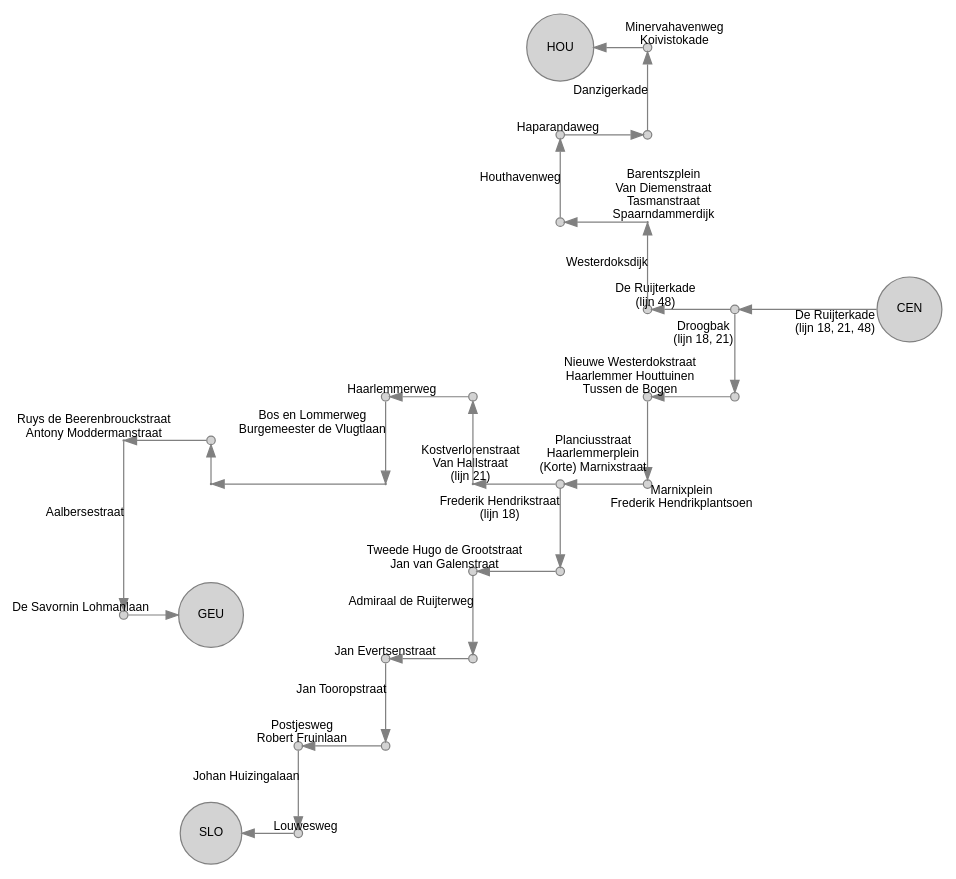
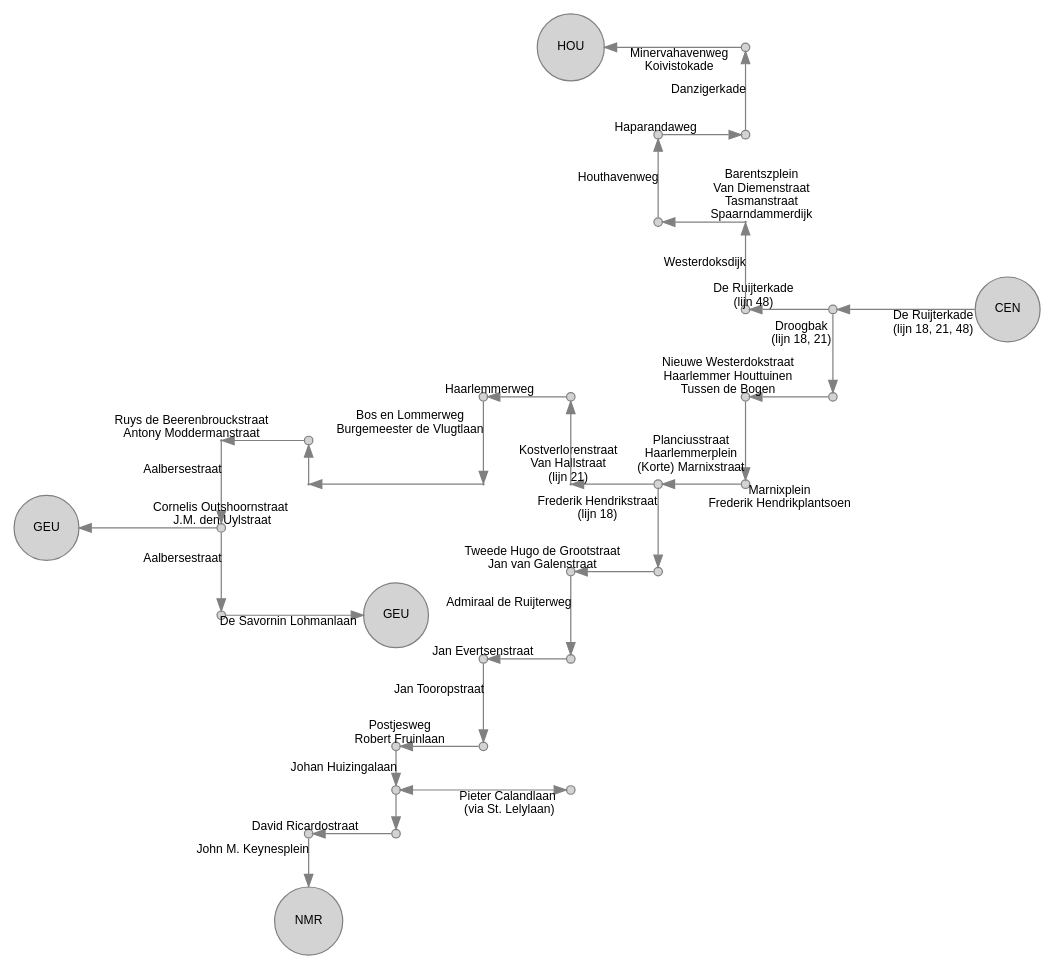
The diagram in gvb/CEN_W.gv (JacekPardyak/bus), drawn with Graphviz before and after one commit. The commit also changed 32 other files, not shown here.

```diff
--- a/gvb/CEN_W.gv
+++ b/gvb/CEN_W.gv
@@ -1,90 +1,103 @@
 digraph G {
   layout = neato
   node [shape = circle, style = filled, fillcolor = lightgray, color=gray, height=0.1, label = "", fontsize = 10, fontname = "Arial"]
   edge [color=gray, fontsize = 10, fontname = "Arial"]
 
   1800 [pos = " 1, 0!", label = "CEN"]
   1801 [pos = "-1, 0!"]
   1802 [pos = "-1,-1!"]
   1803 [pos = "-2,-1!"]
   1804 [pos = "-2,-2!"]
   1805 [pos = "-3,-2!"]
   1806 [pos = "-3,-3!"]
   1807 [pos = "-4,-3!"]
   1808 [pos = "-4,-4!"]
   1809 [pos = "-5,-4!"]
   1810 [pos = "-5,-5!"]
   1811 [pos = "-6,-5!"]
-  1812 [pos = "-6,-6!"]
-  1813 [pos = "-7,-6!", label = "SLO"]
+  1812 [pos = "-6,-5.5!"]
+  1813 [pos = "-4,-5.5!"]
+  1814 [pos = "-6,-6!"]
+  1815 [pos = "-7,-6!"]
+  1816 [pos = "-7,-7!", label = "NMR"]
   
   2101 [pos = "-4,-2!", height=0.01]
   2102 [pos = "-4,-1!"]
   2103 [pos = "-5,-1!"]
   2104 [pos = "-5,-2!", height=0.01]
   2105 [pos = "-7,-2!", height=0.01]
   2106 [pos = "-7,-1.5!"]
   2107 [pos = "-8,-1.5!", height=0.01]
-  2108 [pos = "-8,-3.5!"]
-  2109 [pos = "-7,-3.5!", label = "GEU"]
+  2108 [pos = "-8,-2.5!"]
+  2109 [pos = "-8,-3.5!"]
+  2110 [pos = "-10,-2.5!", label = "GEU"]
+  2112 [pos = "-6,-3.5!", label = "GEU"]
   
   4801 [pos = "-2, 0!"]
   4802 [pos = "-2, 1!", height=0.01]
   4803 [pos = "-3, 1!"]
   4804 [pos = "-3, 2!"]
   4805 [pos = "-2, 2!"]
   4806 [pos = "-2, 3!"]
-  4807 [pos = "-3, 3!", label = "HOU"]
+  4807 [pos = "-4, 3!", label = "HOU"]
 
   1800 -> 1801 [label = "De Ruijterkade 
  (lijn 18, 21, 48)"]
   1801 -> 1802 [label = "Droogbak 
  (lijn 18, 21)"]
   1802 -> 1803 [label = "Nieuwe Westerdokstraat 
  Haarlemmer Houttuinen 
  Tussen de Bogen"]
   1803 -> 1804 [label = "Planciusstraat 
  Haarlemmerplein 
  (Korte) Marnixstraat"]
   1804 -> 1805 [label = "Marnixplein 
  Frederik Hendrikplantsoen"]
   1805 -> 1806 [label = "Frederik Hendrikstraat 
  (lijn 18)"]
   1806 -> 1807 [label = "Tweede Hugo de Grootstraat 
  Jan van Galenstraat"]
   1807 -> 1808 [label = "Admiraal de Ruijterweg"]
   1808 -> 1809 [label = "Jan Evertsenstraat"]
   1809 -> 1810 [label = "Jan Tooropstraat"]
   1810 -> 1811 [label = "Postjesweg 
  Robert Fruinlaan"]
   1811 -> 1812 [label = "Johan Huizingalaan"]
-  1812 -> 1813 [label = "Louwesweg"]
+  1812 -> 1813 [label = "Pieter Calandlaan
+  (via St. Lelylaan)", dir = both]
+  1812 -> 1814 [label = ""]
+  1814 -> 1815 [label = "David Ricardostraat"]
+  1815 -> 1816 [label = "John M. Keynesplein"]
   
   1805 -> 2101 [label = "Kostverlorenstraat 
  Van Hallstraat 
  (lijn 21)"]
   2101 -> 2102 [label = ""]
   2102 -> 2103 [label = "Haarlemmerweg"]
   2103 -> 2104 [label = "Bos en Lommerweg 
  Burgemeester de Vlugtlaan"]
   2104 -> 2105 [label = ""]
   2105 -> 2106 [label = ""]
   2106 -> 2107 [label = "Ruys de Beerenbrouckstraat 
  Antony Moddermanstraat"]
   2107 -> 2108 [label = "Aalbersestraat"]
-  2108 -> 2109 [label = "De Savornin Lohmanlaan"]
+  2108 -> 2110 [label = "Cornelis Outshoornstraat
+  J.M. den Uylstraat"]
+  2108 -> 2109 [label = "Aalbersestraat"]
+  
+  2109 -> 2112 [label = "De Savornin Lohmanlaan"]
   
   1801 -> 4801 [label = "De Ruijterkade 
  (lijn 48)"]
   4801 -> 4802 [label = "Westerdoksdijk"]
   4802 -> 4803 [label = "Barentszplein 
  Van Diemenstraat 
  Tasmanstraat 
  Spaarndammerdijk"]
   4803 -> 4804 [label = "Houthavenweg"]
   4804 -> 4805 [label = "Haparandaweg"]
   4805 -> 4806 [label = "Danzigerkade"]
   4806 -> 4807 [label = "Minervahavenweg 
  Koivistokade"]
    
 }
```
